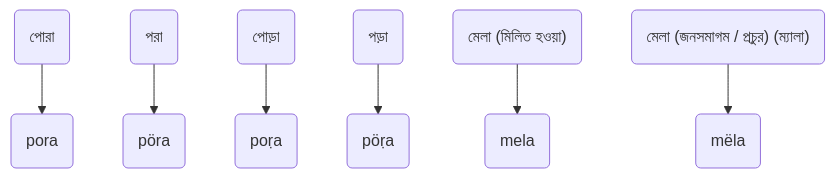
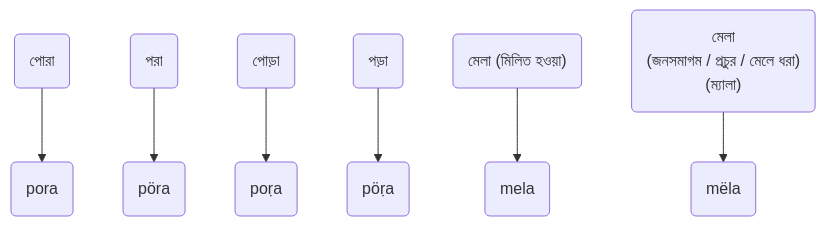
One commit to KhiproKeyboard/shorolipi changed the second of 2 diagrams in README.md. Above: the diagram before and after it, drawn with Mermaid. The commit also changed other lines of this file, not shown here.

````diff
--- a/README.md
+++ b/README.md
@@ -13,9 +13,11 @@
 ```mermaid
 flowchart TD
 A("পোরা") --> B("pora")
 E("পরা") --> F("pöra")
 G("পোড়া") --> H("poṛa")
 C("পড়া") --> D("pöṛa")
 I("মেলা (মিলিত হওয়া) ") --> J("mela")
-K("মেলা (জনসমাগম / প্রচুর) (ম্যালা)") --> L("mëla")
+K("মেলা
+(জনসমাগম / প্রচুর / মেলে ধরা)
+(ম্যালা)") --> L("mëla")
 ```
````
